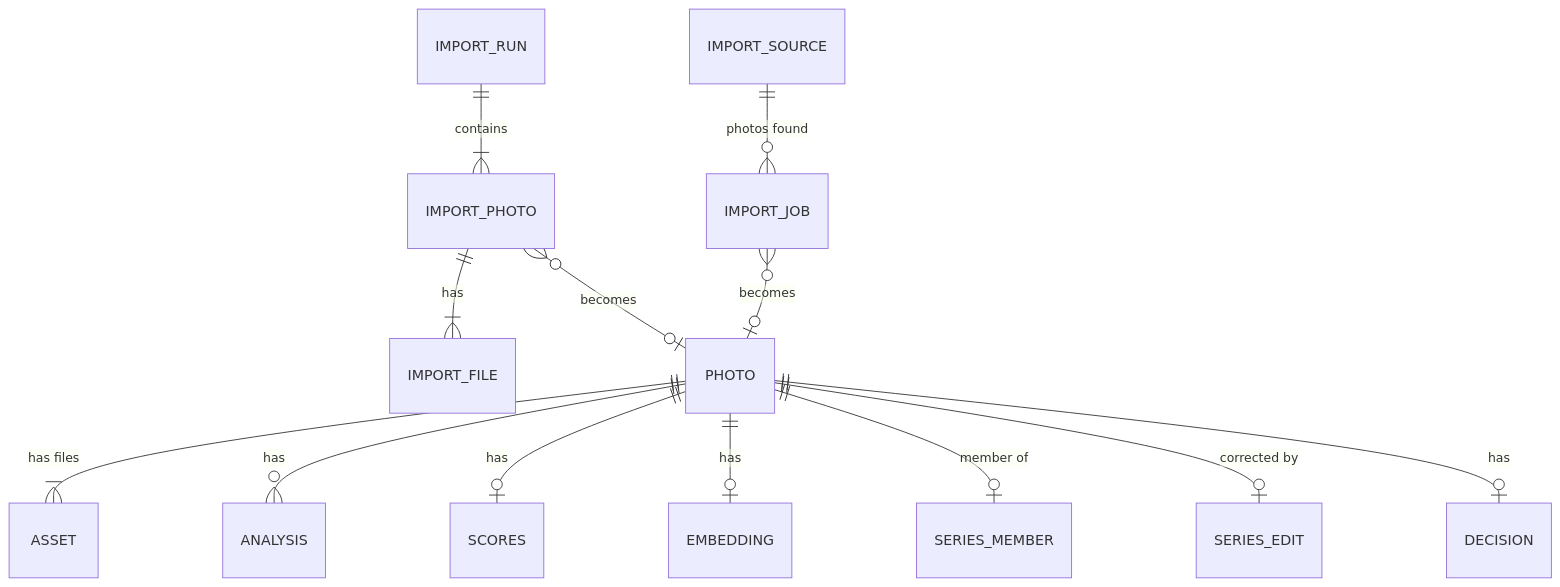
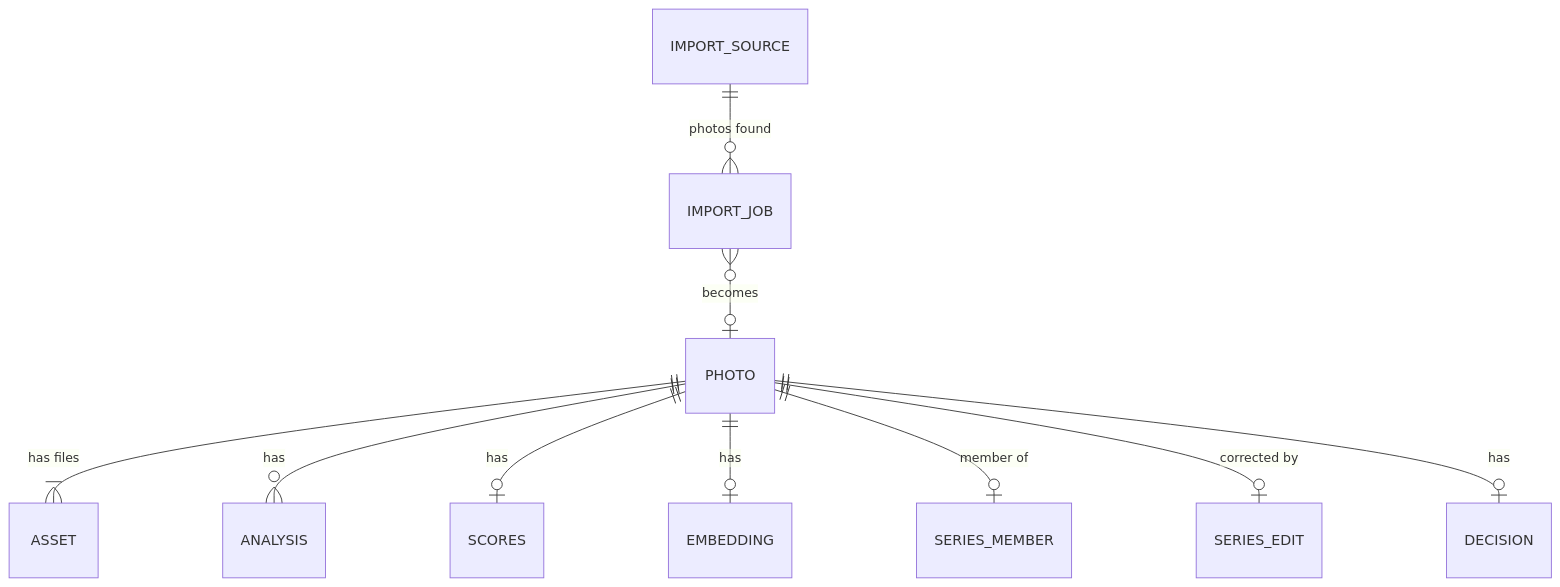
One commit to denyszorinets/picturesque changed the first of 2 diagrams in docs/architecture/data.rst. Above: the diagram before and after it, drawn with Mermaid. The commit also changed other lines of this file and 85 other files, not shown here.

```diff
--- a/docs/architecture/data.rst
+++ b/docs/architecture/data.rst
@@ -34,15 +34,12 @@
 .. mermaid::
 
    erDiagram
      PHOTO ||--|{ ASSET : "has files"
      PHOTO ||--o{ ANALYSIS : has
      PHOTO ||--o| SCORES : has
      PHOTO ||--o| EMBEDDING : has
      PHOTO ||--o| SERIES_MEMBER : "member of"
      PHOTO ||--o| SERIES_EDIT : "corrected by"
      PHOTO ||--o| DECISION : has
-     IMPORT_RUN ||--|{ IMPORT_PHOTO : contains
-     IMPORT_PHOTO ||--|{ IMPORT_FILE : has
-     IMPORT_PHOTO }o--o| PHOTO : "becomes"
      IMPORT_SOURCE ||--o{ IMPORT_JOB : "photos found"
      IMPORT_JOB }o--o| PHOTO : "becomes"
```
